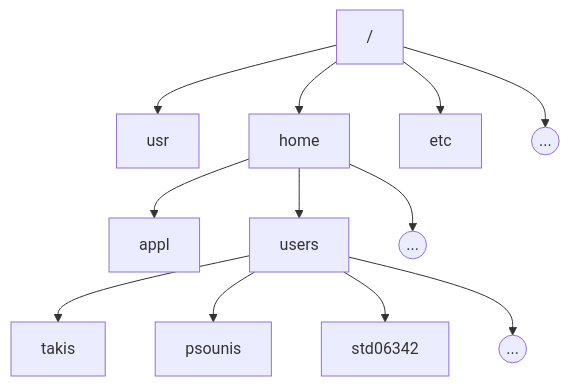
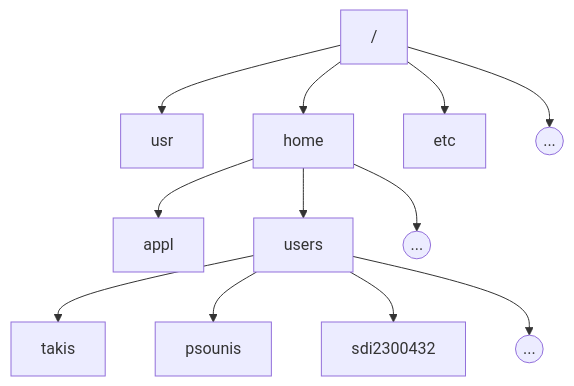
Before and after one commit to progintro/lab-material: the diagram in labs/lab01/README.md, drawn with Mermaid. The commit also changed other lines of this file and 10 other files, not shown here.

````diff
--- a/labs/lab01/README.md
+++ b/labs/lab01/README.md
@@ -13,15 +13,15 @@
 ```mermaid
 graph TB
   / --> usr
   / --> home
   / --> etc
   / --> dots((...))
 
   home --> appl
   home --> users
   home --> dots1((...))
   users --> takis
   users --> psounis
-  users --> std06342
+  users --> sdi2300432
   users --> dots2((...))
 ```
````
